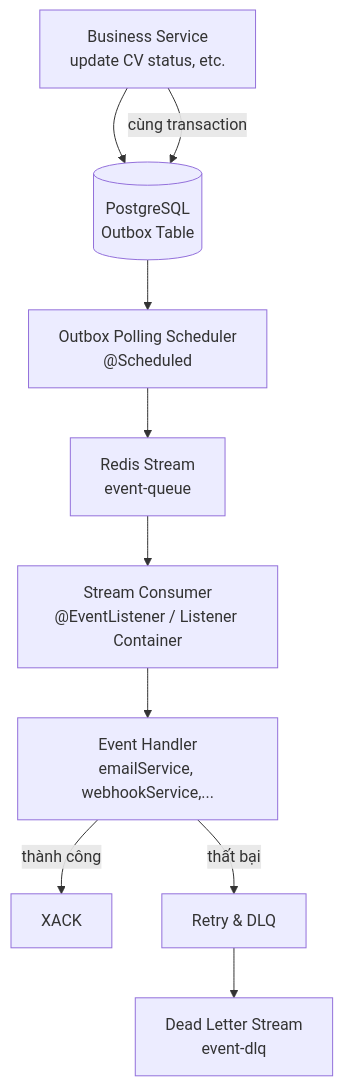
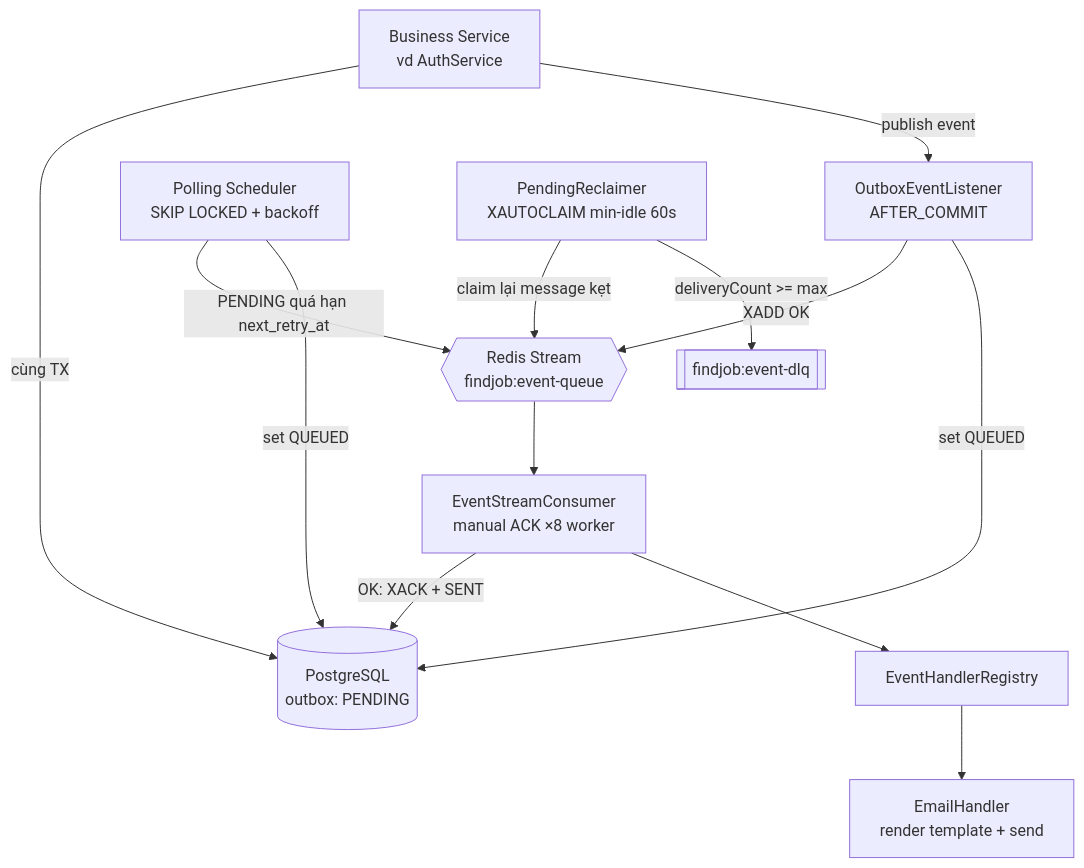
Before and after one commit to nhuanld17/FINDJOB-BE-DACN2: the first of 2 diagrams in plan/EMAIL_REDIS_STREAM_OUTBOX_PLAN.md, drawn with Mermaid. The commit also changed other lines of this file and 21 other files, not shown here.

Commit message:
implement outbox for email

````diff
--- a/plan/EMAIL_REDIS_STREAM_OUTBOX_PLAN.md
+++ b/plan/EMAIL_REDIS_STREAM_OUTBOX_PLAN.md
@@ -21,12 +77,15 @@
 ```mermaid
 flowchart TD
-    A[Business Service<br>update CV status, etc.] --> B[(PostgreSQL<br>Outbox Table)]
-    A -- cùng transaction --> B
-    B --> C[Outbox Polling Scheduler<br>@Scheduled]
-    C --> D[Redis Stream<br>event-queue]
-    D --> E[Stream Consumer<br>@EventListener / Listener Container]
-    E --> F[Event Handler<br>emailService, webhookService,...]
-    F -- thành công --> G[XACK]
-    F -- thất bại --> H[Retry & DLQ]
-    H --> I[Dead Letter Stream<br>event-dlq]
+    A[Business Service<br/>vd AuthService] -->|cùng TX| B[(PostgreSQL<br/>outbox: PENDING)]
+    A -->|publish event| C[OutboxEventListener<br/>AFTER_COMMIT]
+    C -->|XADD OK| D{{Redis Stream<br/>findjob:event-queue}}
+    C -->|set QUEUED| B
+    E[Polling Scheduler<br/>SKIP LOCKED + backoff] -->|PENDING quá hạn next_retry_at| D
+    E -->|set QUEUED| B
+    D --> F[EventStreamConsumer<br/>manual ACK ×8 worker]
+    G[PendingReclaimer<br/>XAUTOCLAIM min-idle 60s] -->|claim lại message kẹt| D
+    G -->|deliveryCount >= max| H[[findjob:event-dlq]]
+    F -->|OK: XACK + SENT| B
+    F --> I[EventHandlerRegistry]
+    I --> J[EmailHandler<br/>render template + send]
 ```
````
